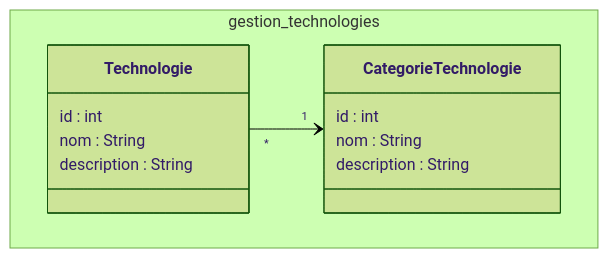
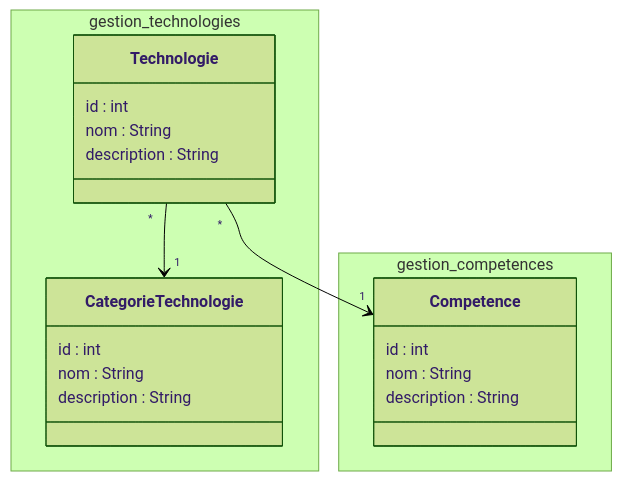
The diagram in modélisation/pkg_technologies/classes_gestion_technologie.mmd (zaani12/prototype), drawn with Mermaid (forest theme) before and after one commit. The commit also changed 20 other files, not shown here.

```diff
--- a/modélisation/pkg_technologies/classes_gestion_technologie.mmd
+++ b/modélisation/pkg_technologies/classes_gestion_technologie.mmd
@@ -1,16 +1,31 @@
 classDiagram
 
 namespace gestion_technologies{
 
 class Technologie {
   id : int
   nom : String
   description : String
 }
+
 class CategorieTechnologie {
   id : int
   nom : String
   description : String
 }
 }
+
+namespace gestion_competences {
+class Competence {
+  id : int
+  nom : String
+  description : String
+}
+}
+
+namespace gestion_technologies {
+class Technologie
+}
+
 Technologie "*" --> "1" CategorieTechnologie
+Technologie "*" --> "1" Competence
```
